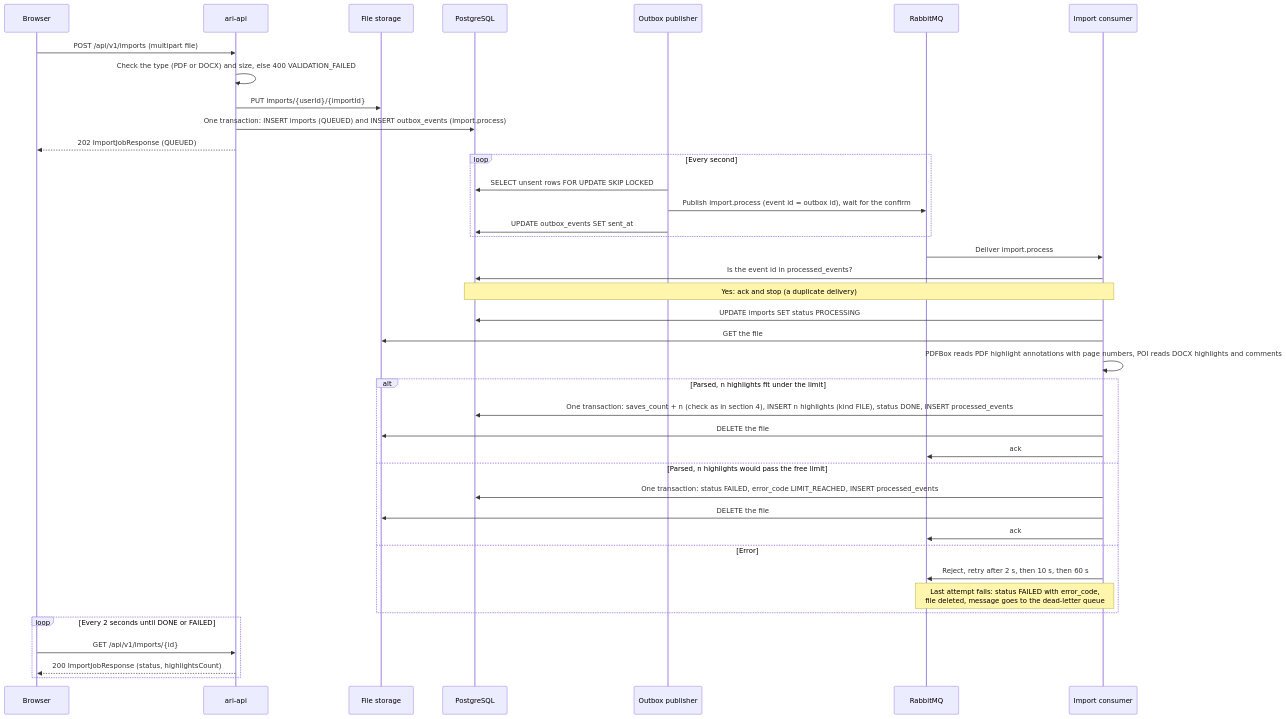
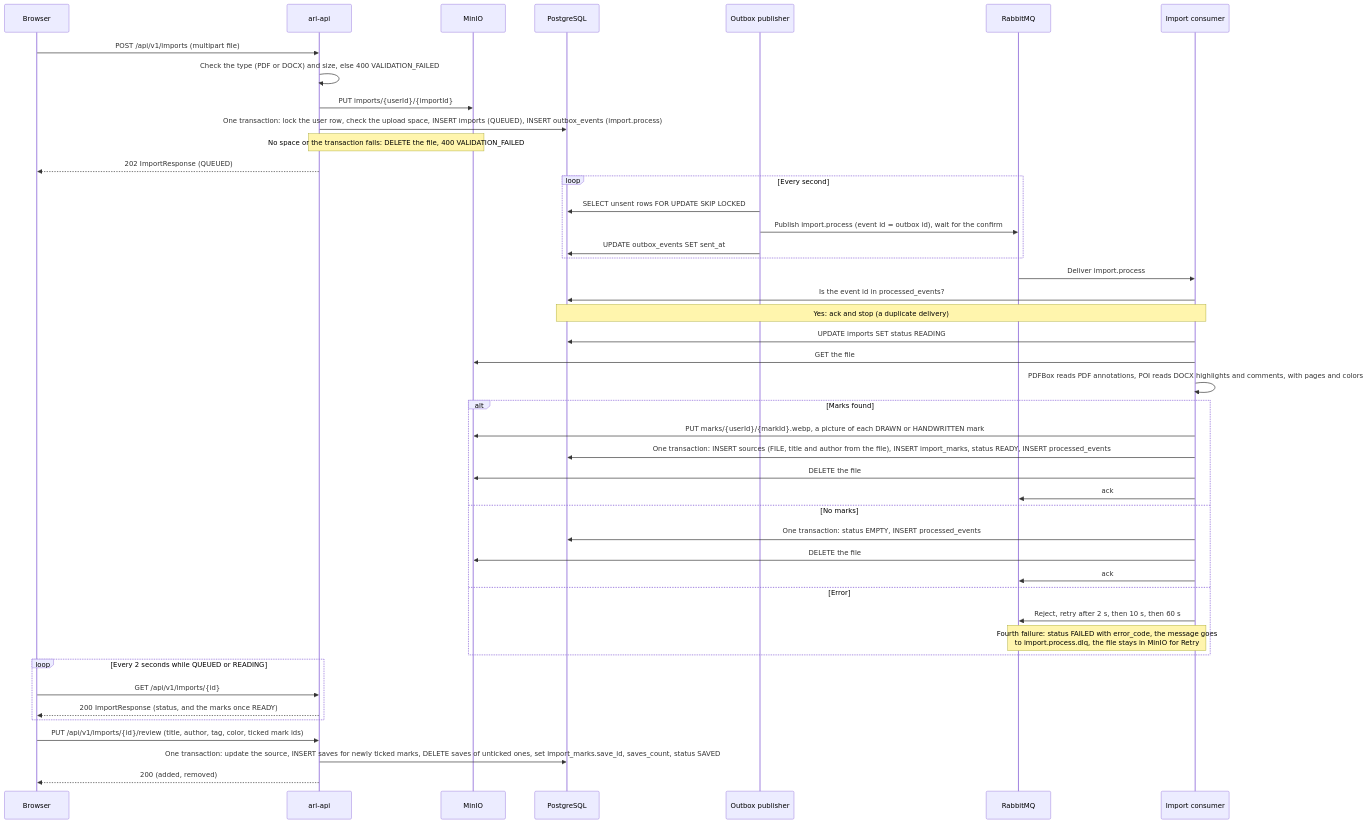
Before and after one commit to salimsalimzade/ari-api: the fifth of 9 diagrams in docs/sequences.md, drawn with Mermaid. The commit also changed other lines of this file and 181 other files, not shown here.

````diff
--- a/docs/sequences.md
+++ b/docs/sequences.md
@@ -146,42 +190,47 @@
 ```mermaid
 sequenceDiagram
   participant B as Browser
   participant A as ari-api
-  participant S as File storage
+  participant S as MinIO
   participant D as PostgreSQL
   participant P as Outbox publisher
   participant Q as RabbitMQ
   participant C as Import consumer
   B->>A: POST /api/v1/imports (multipart file)
   A->>A: Check the type (PDF or DOCX) and size, else 400 VALIDATION_FAILED
   A->>S: PUT imports/{userId}/{importId}
-  A->>D: One transaction: INSERT imports (QUEUED) and INSERT outbox_events (import.process)
-  A-->>B: 202 ImportJobResponse (QUEUED)
+  A->>D: One transaction: lock the user row, check the upload space, INSERT imports (QUEUED), INSERT outbox_events (import.process)
+  Note over A,S: No space or the transaction fails: DELETE the file, 400 VALIDATION_FAILED
+  A-->>B: 202 ImportResponse (QUEUED)
   loop Every second
     P->>D: SELECT unsent rows FOR UPDATE SKIP LOCKED
     P->>Q: Publish import.process (event id = outbox id), wait for the confirm
     P->>D: UPDATE outbox_events SET sent_at
   end
   Q->>C: Deliver import.process
   C->>D: Is the event id in processed_events?
   Note over C,D: Yes: ack and stop (a duplicate delivery)
-  C->>D: UPDATE imports SET status PROCESSING
+  C->>D: UPDATE imports SET status READING
   C->>S: GET the file
-  C->>C: PDFBox reads PDF highlight annotations with page numbers, POI reads DOCX highlights and comments
-  alt Parsed, n highlights fit under the limit
-    C->>D: One transaction: saves_count + n (check as in section 4), INSERT n highlights (kind FILE), status DONE, INSERT processed_events
+  C->>C: PDFBox reads PDF annotations, POI reads DOCX highlights and comments, with pages and colors
+  alt Marks found
+    C->>S: PUT marks/{userId}/{markId}.webp, a picture of each DRAWN or HANDWRITTEN mark
+    C->>D: One transaction: INSERT sources (FILE, title and author from the file), INSERT import_marks, status READY, INSERT processed_events
     C->>S: DELETE the file
     C->>Q: ack
-  else Parsed, n highlights would pass the free limit
-    C->>D: One transaction: status FAILED, error_code LIMIT_REACHED, INSERT processed_events
+  else No marks
+    C->>D: One transaction: status EMPTY, INSERT processed_events
     C->>S: DELETE the file
     C->>Q: ack
   else Error
     C->>Q: Reject, retry after 2 s, then 10 s, then 60 s
-    Note over C,Q: Last attempt fails: status FAILED with error_code,<br/>file deleted, message goes to the dead-letter queue
+    Note over C,Q: Fourth failure: status FAILED with error_code, the message goes<br/>to import.process.dlq, the file stays in MinIO for Retry
   end
-  loop Every 2 seconds until DONE or FAILED
+  loop Every 2 seconds while QUEUED or READING
     B->>A: GET /api/v1/imports/{id}
-    A-->>B: 200 ImportJobResponse (status, highlightsCount)
+    A-->>B: 200 ImportResponse (status, and the marks once READY)
   end
+  B->>A: PUT /api/v1/imports/{id}/review (title, author, tag, color, ticked mark ids)
+  A->>D: One transaction: update the source, INSERT saves for newly ticked marks, DELETE saves of unticked ones, set import_marks.save_id, saves_count, status SAVED
+  A-->>B: 200 (added, removed)
 ```
````
